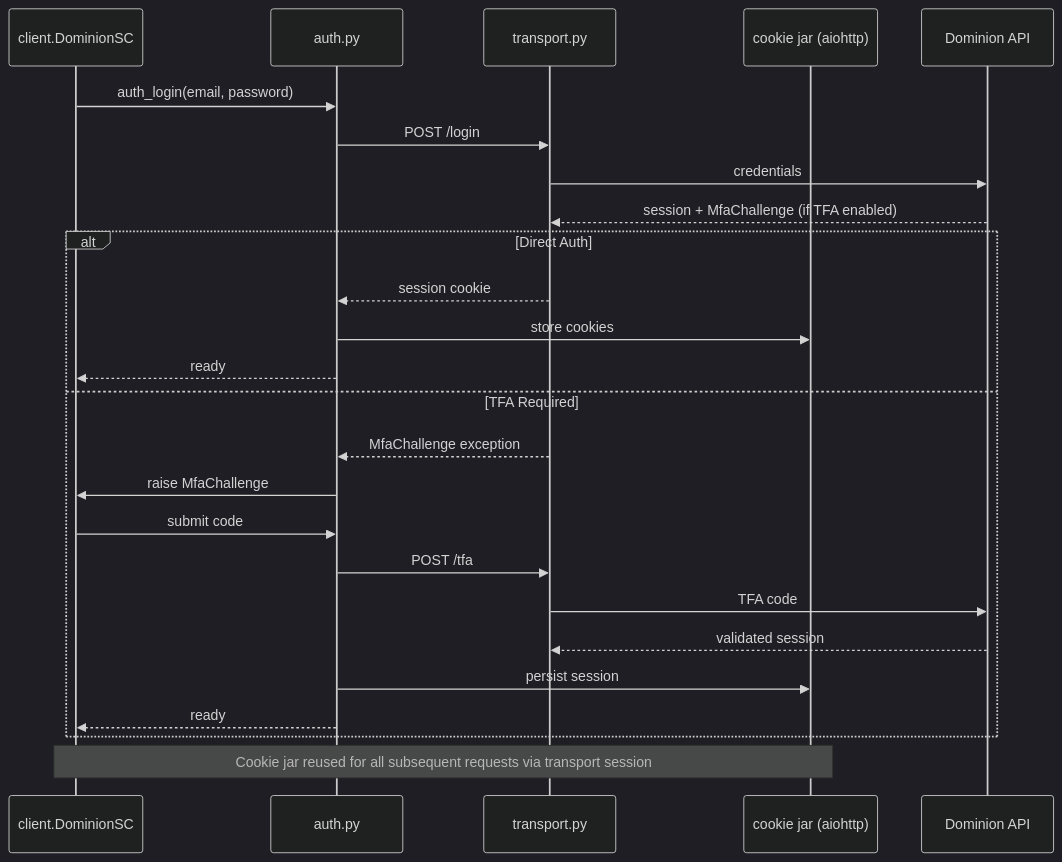
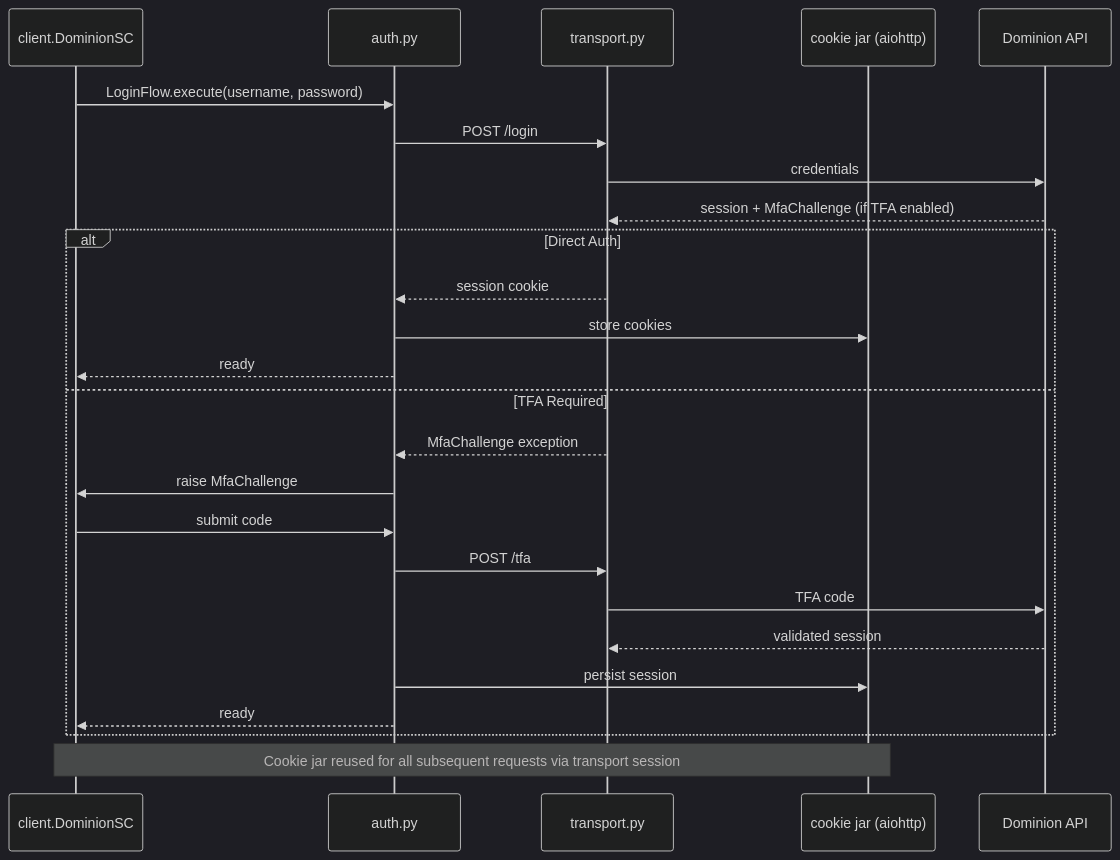
One commit to hype8912/dominion-sc-power changed the second of 3 diagrams in docs/architecture/04-security.md. Above: the diagram before and after it, drawn with Mermaid (dark theme). The commit also changed other lines of this file and 7 other files, not shown here.

````diff
--- a/docs/architecture/04-security.md
+++ b/docs/architecture/04-security.md
@@ -19,28 +19,28 @@
 ```mermaid
 sequenceDiagram
     participant Client as client.DominionSC
     participant Auth as auth.py
     participant Transport as transport.py
     participant Cookies as cookie jar (aiohttp)
     participant API as Dominion API
 
-    Client->>Auth: auth_login(email, password)
+    Client->>Auth: LoginFlow.execute(username, password)
     Auth->>Transport: POST /login
     Transport->>API: credentials
     API-->>Transport: session + MfaChallenge (if TFA enabled)
     alt Direct Auth
         Transport-->>Auth: session cookie
         Auth->>Cookies: store cookies
         Auth-->>Client: ready
     else TFA Required
         Transport-->>Auth: MfaChallenge exception
         Auth->>Client: raise MfaChallenge
         Client->>Auth: submit code
         Auth->>Transport: POST /tfa
         Transport->>API: TFA code
         API-->>Transport: validated session
         Auth->>Cookies: persist session
         Auth-->>Client: ready
     end
     Note over Client,Cookies: Cookie jar reused for all subsequent requests via transport session
 ```
````
